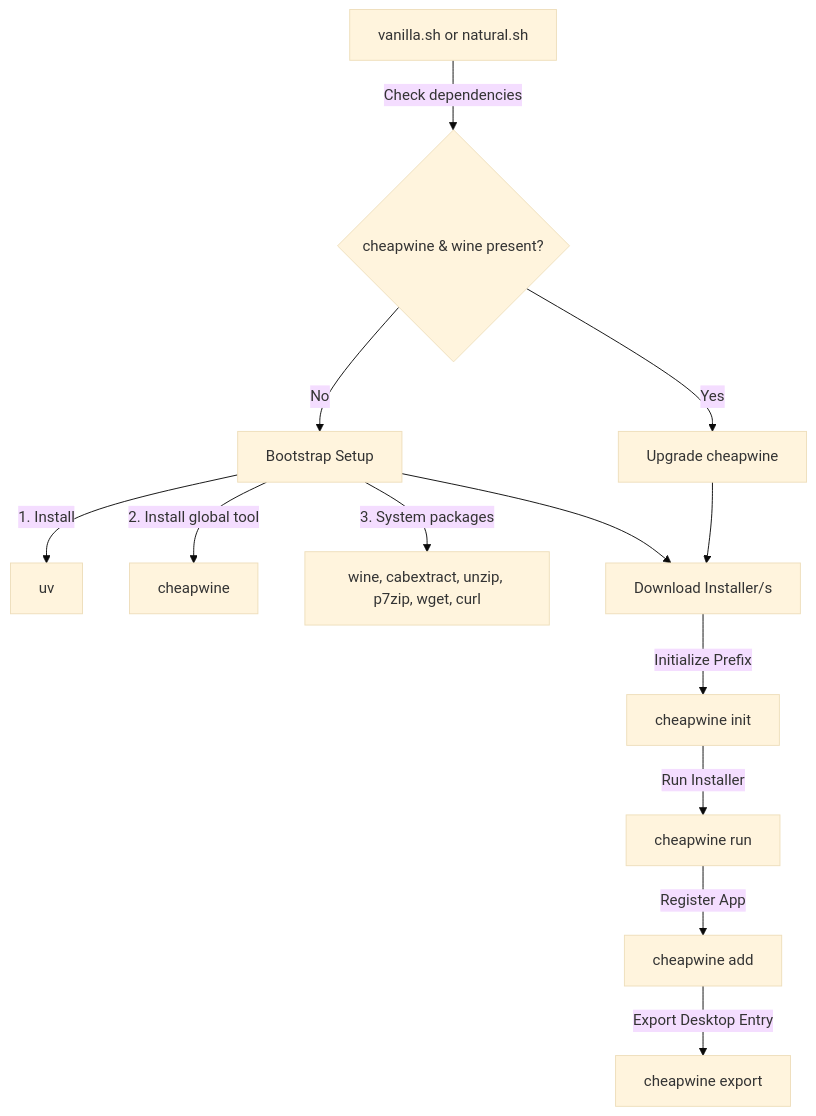
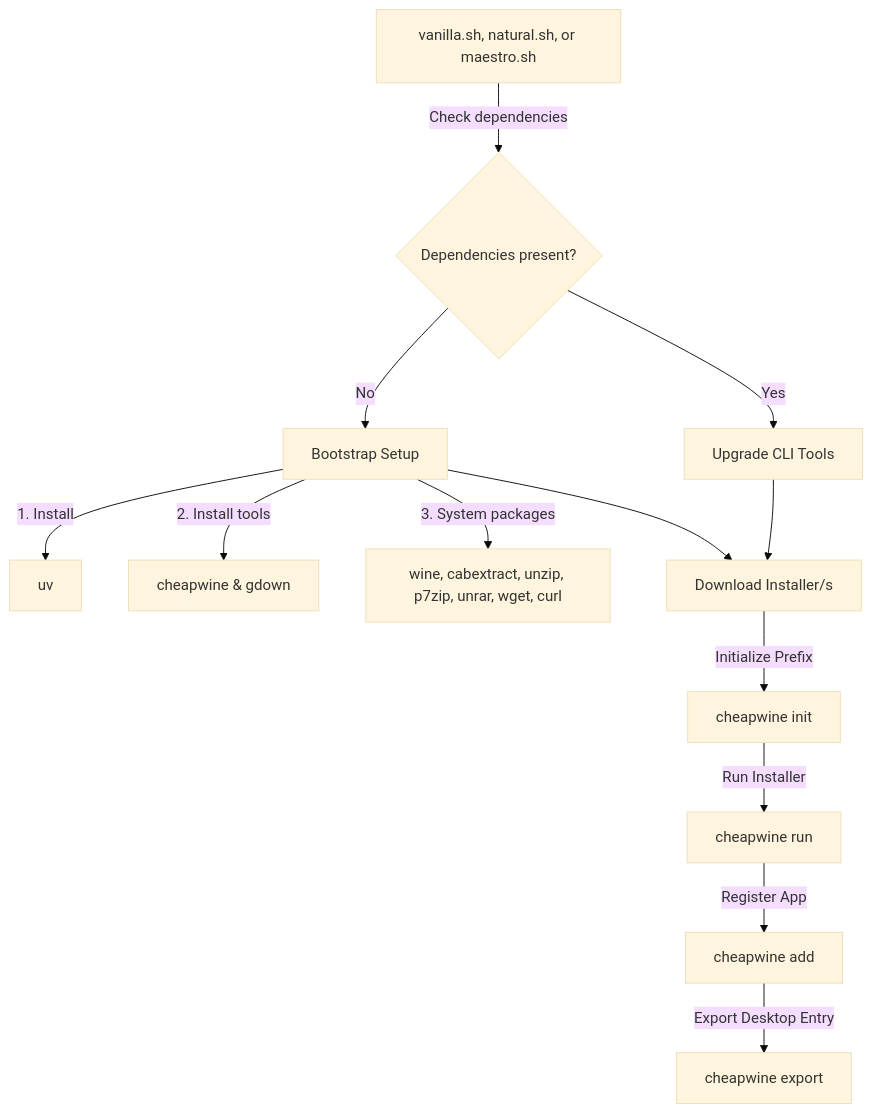
Before and after one commit to HeapHeapHooray/getfruity: the diagram in README.md, drawn with Mermaid (base theme). The commit also changed other lines of this file and 1 other file, not shown here.

Commit message:
docs: document and add maestro.sh for Edirol Orchestral VST

````diff
--- a/README.md
+++ b/README.md
@@ -27,15 +27,15 @@
 ```mermaid
 graph TD
-    A[vanilla.sh or natural.sh] -->|Check dependencies| B{cheapwine & wine present?}
+    A["vanilla.sh, natural.sh, or maestro.sh"] -->|Check dependencies| B{"Dependencies present?"}
     B -->|No| C[Bootstrap Setup]
     C -->|1. Install| D[uv]
-    C -->|2. Install global tool| E[cheapwine]
-    C -->|3. System packages| F[wine, cabextract, unzip, p7zip, wget, curl]
-    B -->|Yes| G[Upgrade cheapwine]
+    C -->|2. Install tools| E["cheapwine & gdown"]
+    C -->|3. System packages| F["wine, cabextract, unzip, p7zip, unrar, wget, curl"]
+    B -->|Yes| G["Upgrade CLI Tools"]
     G --> H[Download Installer/s]
     C --> H
     H -->|Initialize Prefix| I[cheapwine init]
     I -->|Run Installer| J[cheapwine run]
     J -->|Register App| K[cheapwine add]
     K -->|Export Desktop Entry| L[cheapwine export]
 ```
````
